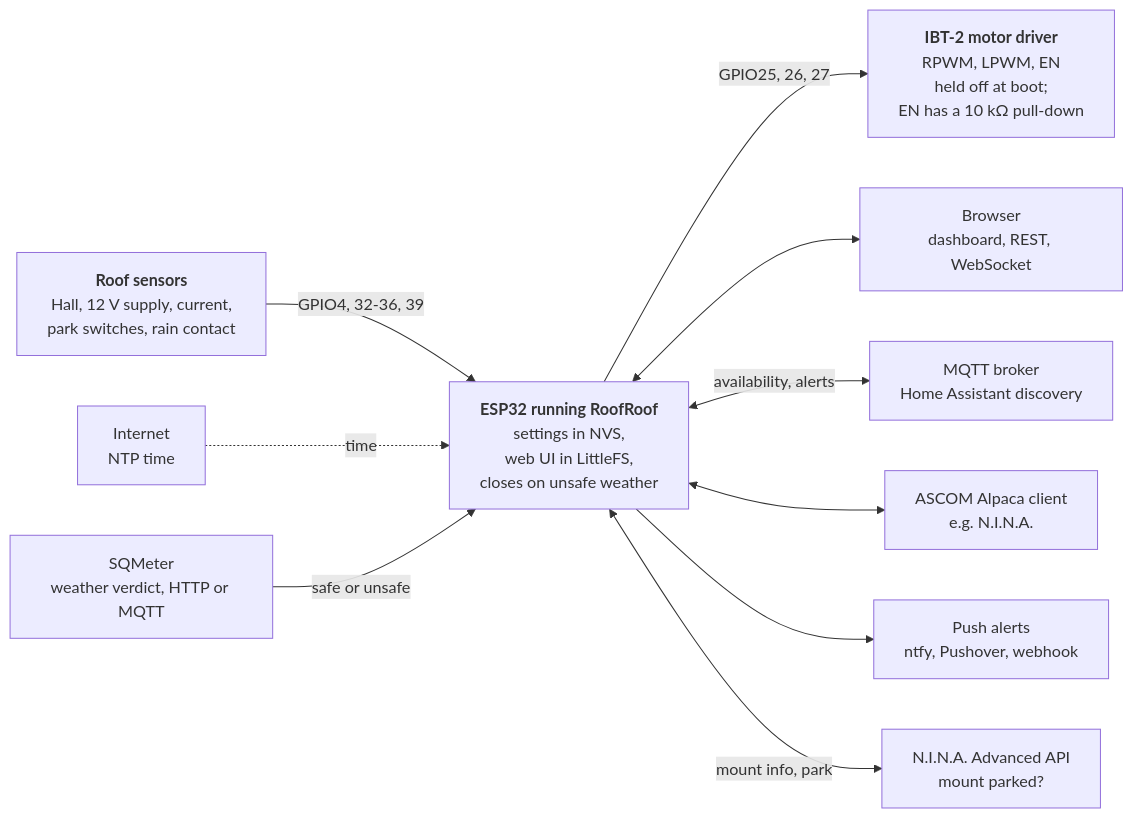
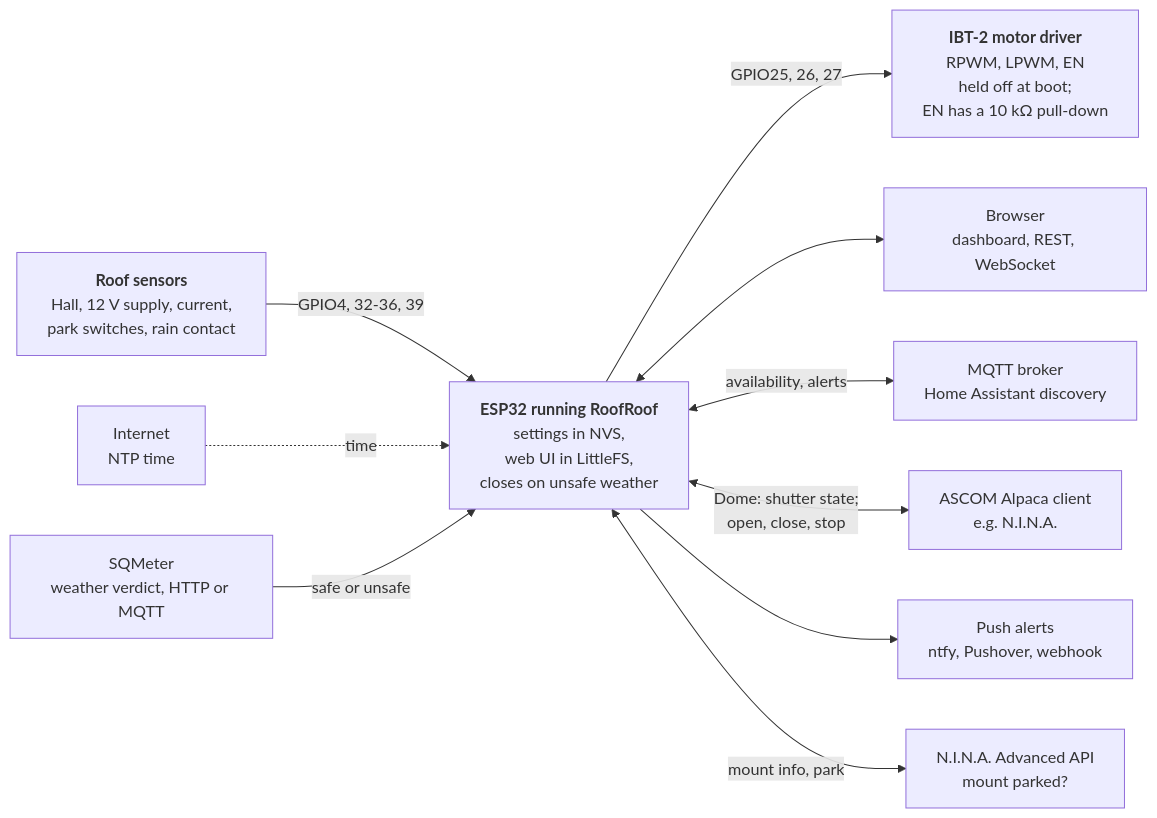
Before and after one commit to DeanJ87/RoofRoof: the diagram in docs/index.md, drawn with Mermaid. The commit also changed other lines of this file and 19 other files, not shown here.

Commit message:
006: docs - Alpaca guide with DIA-18, references, home page, heritage; route registry and OpenAPI; flash size baseline

````diff
--- a/docs/index.md
+++ b/docs/index.md
@@ -29,24 +29,24 @@
 ```mermaid
 flowchart LR
     accTitle: What RoofRoof connects to
-    accDescr: The ESP32 holds the motor driver's pins low from boot and drives it on a person's command or to close the roof when the weather turns unsafe, reads the roof's Hall, supply, current, park and rain inputs, keeps its settings and web UI on the device, serves a dashboard and APIs to browsers, publishes to an MQTT broker, answers ASCOM Alpaca clients such as N.I.N.A., and sends alerts to push services. It reads the weather verdict from SQMeter and the mount's park state from N.I.N.A.'s Advanced API. It gets time from the internet by NTP.
+    accDescr: The ESP32 holds the motor driver's pins low from boot and drives it on a person's or an imaging app's command or to close the roof when the weather turns unsafe, reads the roof's Hall, supply, current, park and rain inputs, keeps its settings and web UI on the device, serves a dashboard and APIs to browsers, publishes to an MQTT broker, serves the roof as an ASCOM Alpaca Dome to clients such as N.I.N.A., and sends alerts to push services. It reads the weather verdict from SQMeter and the mount's park state from N.I.N.A.'s Advanced API. It gets time from the internet by NTP.
     DRIVER["<b>IBT-2 motor driver</b><br/>RPWM, LPWM, EN<br/>held off at boot;<br/>EN has a 10 kΩ pull-down"]
     SENSE["<b>Roof sensors</b><br/>Hall, 12 V supply, current,<br/>park switches, rain contact"]
     ESP["<b>ESP32 running RoofRoof</b><br/>settings in NVS,<br/>web UI in LittleFS,<br/>closes on unsafe weather"]
     WEB["Browser<br/>dashboard, REST, WebSocket"]
     MQTT["MQTT broker<br/>Home Assistant discovery"]
     ALPACA["ASCOM Alpaca client<br/>e.g. N.I.N.A."]
     PUSH["Push alerts<br/>ntfy, Pushover, webhook"]
     NET["Internet<br/>NTP time"]
     SQM["SQMeter<br/>weather verdict, HTTP or MQTT"]
     NAPI["N.I.N.A. Advanced API<br/>mount parked?"]
     ESP -->|"GPIO25, 26, 27"| DRIVER
     SENSE -->|"GPIO4, 32-36, 39"| ESP
     NET -.->|time| ESP
     ESP <--> WEB
     ESP <-->|availability, alerts| MQTT
-    ESP <--> ALPACA
+    ESP <-->|Dome: shutter state;<br/>open, close, stop| ALPACA
     ESP --> PUSH
     SQM -->|safe or unsafe| ESP
     ESP <-->|mount info, park| NAPI
 ```
````
